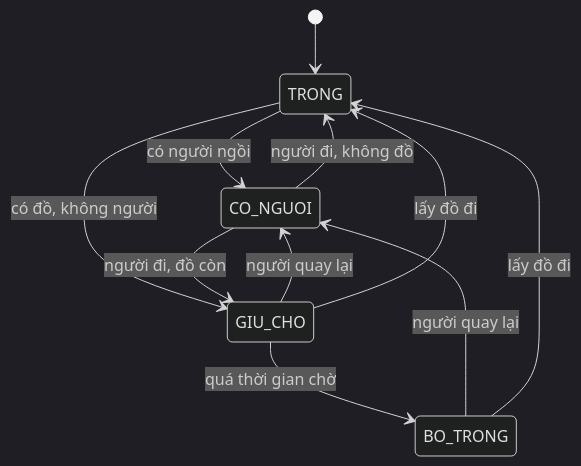
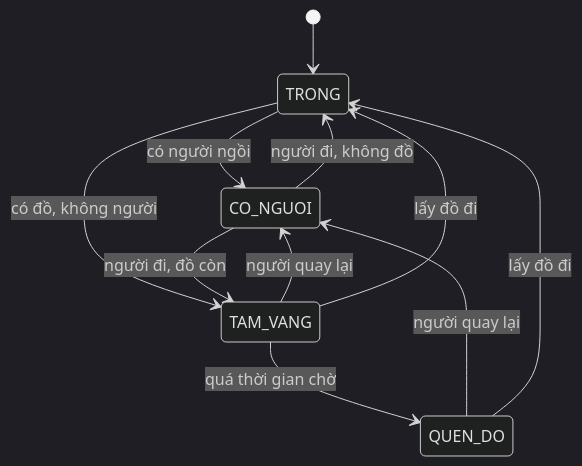
The second of 2 diagrams in README.md (binhpro264/Smart-Self-Study-Room), drawn with Mermaid (dark theme) before and after one commit. The commit also changed other lines of this file, not shown here.

````diff
--- a/README.md
+++ b/README.md
@@ -105,13 +106,13 @@
 ```mermaid
 stateDiagram-v2
     [*] --> TRONG
     TRONG --> CO_NGUOI: có người ngồi
-    TRONG --> GIU_CHO: có đồ, không người
+    TRONG --> TAM_VANG: có đồ, không người
     CO_NGUOI --> TRONG: người đi, không đồ
-    CO_NGUOI --> GIU_CHO: người đi, đồ còn
-    GIU_CHO --> CO_NGUOI: người quay lại
-    GIU_CHO --> BO_TRONG: quá thời gian chờ
-    GIU_CHO --> TRONG: lấy đồ đi
-    BO_TRONG --> CO_NGUOI: người quay lại
-    BO_TRONG --> TRONG: lấy đồ đi
+    CO_NGUOI --> TAM_VANG: người đi, đồ còn
+    TAM_VANG --> CO_NGUOI: người quay lại
+    TAM_VANG --> QUEN_DO: quá thời gian chờ
+    TAM_VANG --> TRONG: lấy đồ đi
+    QUEN_DO --> CO_NGUOI: người quay lại
+    QUEN_DO --> TRONG: lấy đồ đi
 ```
````
